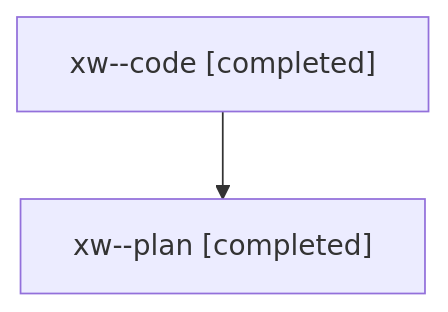
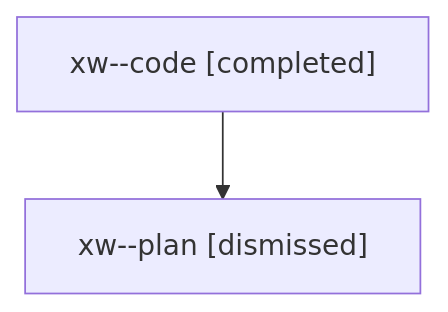
Before and after one commit to sase-org/sase--agents: the diagram in families/bbugyi200.athena.xw.md, drawn with Mermaid. The commit also changed other lines of this file and 1973 other files, not shown here.

````diff
--- a/families/bbugyi200.athena.xw.md
+++ b/families/bbugyi200.athena.xw.md
@@ -9,6 +9,6 @@
 ```mermaid
 flowchart TD
   n0["xw--code [completed]"]
-  n1["xw--plan [completed]"]
+  n1["xw--plan [dismissed]"]
   n0 --> n1
 ```
````
